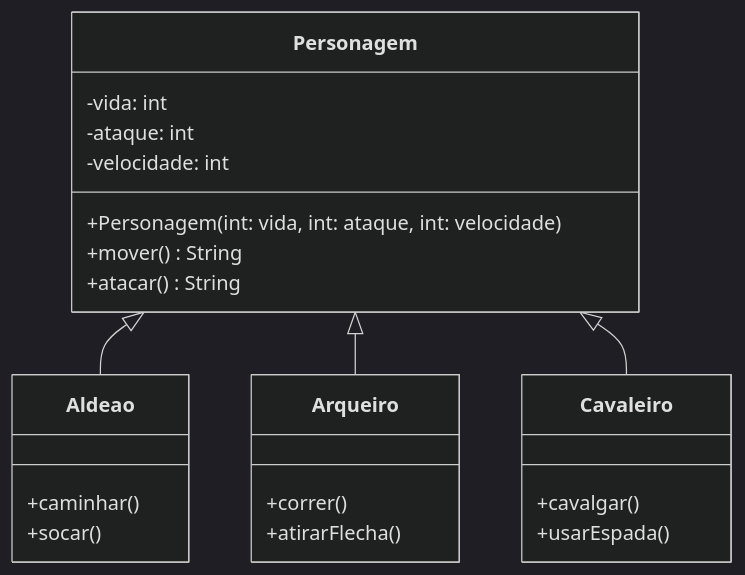
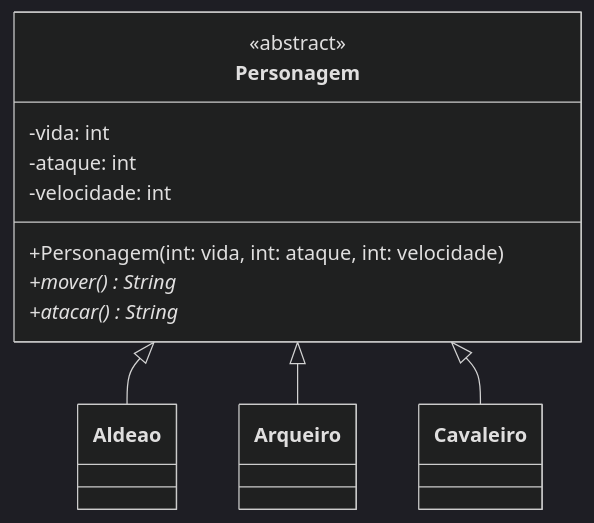
The diagram in java-of-empires/Readme.md (gustavo-cordova/POO-2026), drawn with Mermaid (dark theme) before and after one commit. The commit also changed 24 other files, not shown here.

````diff
--- a/java-of-empires/Readme.md
+++ b/java-of-empires/Readme.md
@@ -3,32 +3,27 @@
 ```mermaid
 classDiagram
     
     class Personagem{
+        <<abstract>>
         -vida: int
         -ataque: int
         -velocidade: int
         +Personagem(int: vida, int: ataque, int: velocidade )
-        +mover() String
-        +atacar() String
+        +mover() String*
+        +atacar() String*
     }
     
     class Aldeao{
-        +caminhar()
-        +socar()
     }
     
     class Arqueiro{
-        +correr()
-        +atirarFlecha()
     }
     
     class Cavaleiro{
-        +cavalgar()
-        +usarEspada()
     }
     
     Personagem<|--Aldeao
     Personagem<|--Arqueiro
     Personagem<|--Cavaleiro
     
 ```
````
